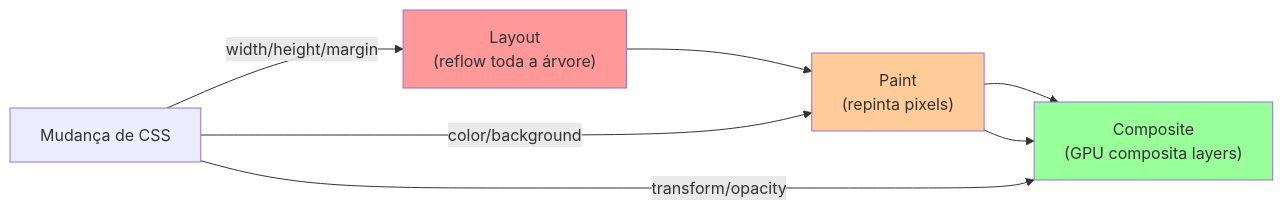
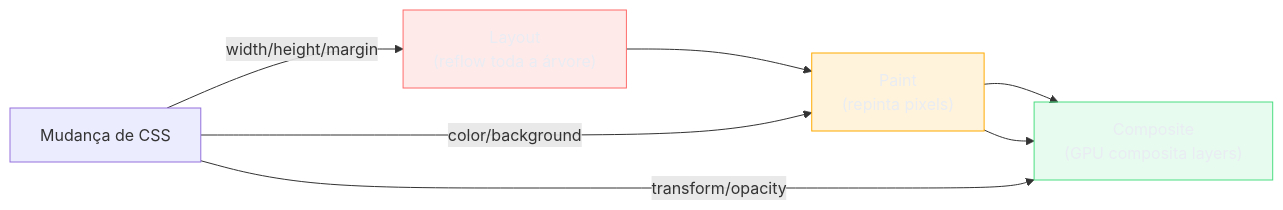
Before and after one commit to josenaldo/codex-technomanticus: the diagram in 03-Dominios/Tecnologia/CSS/09 - Animações e transitions.md, drawn with Mermaid. The commit also changed 1181 other files, not shown here.

First line of the commit message:
fix(diagramas): paleta do sistema no lugar de cor cravada no markdown

````diff
--- a/03-Dominios/Tecnologia/CSS/09 - Animações e transitions.md
+++ b/03-Dominios/Tecnologia/CSS/09 - Animações e transitions.md
@@ -186,19 +186,22 @@
 ```mermaid
 flowchart LR
+    classDef ok fill:#4ADE8021,stroke:#4ADE80,color:#E9ECF2
+    classDef destaque fill:#FFAA0024,stroke:#FFAA00,color:#E9ECF2
+    classDef falha fill:#FF6B6B24,stroke:#FF6B6B,color:#E9ECF2
     CHANGE["Mudança de CSS"]
     LAYOUT["Layout\n(reflow toda a árvore)"]
     PAINT["Paint\n(repinta pixels)"]
     COMPOSITE["Composite\n(GPU composita layers)"]
 
     CHANGE -->|width/height/margin| LAYOUT
     LAYOUT --> PAINT --> COMPOSITE
 
     CHANGE -->|color/background| PAINT
     PAINT --> COMPOSITE
 
     CHANGE -->|transform/opacity| COMPOSITE
 
-    style COMPOSITE fill:#99ff99
-    style PAINT fill:#ffcc99
-    style LAYOUT fill:#ff9999
+    class COMPOSITE ok
+    class PAINT destaque
+    class LAYOUT falha
 ```
````
